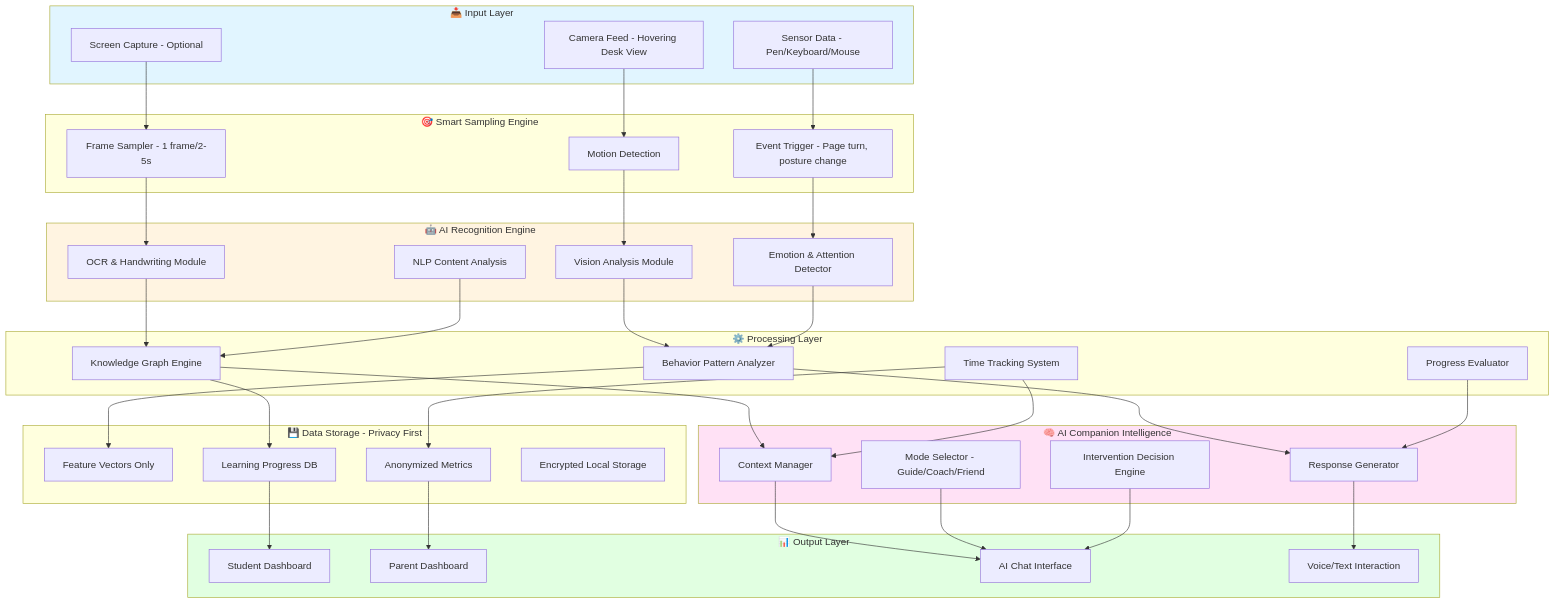
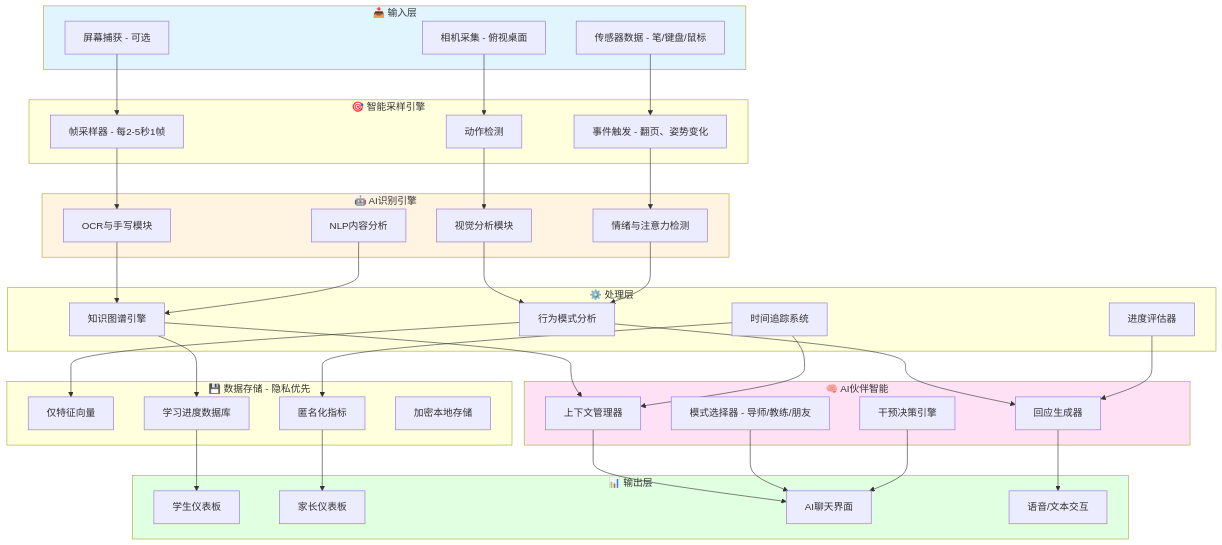
Before and after one commit to river0098/AI-Learning-Companion-System: the diagram in ARCHITECTURE.md, drawn with Mermaid. The commit also changed other lines of this file and 2 other files, not shown here.

````diff
--- a/ARCHITECTURE.md
+++ b/ARCHITECTURE.md
@@ -16,50 +16,50 @@
 ```mermaid
 flowchart TD
-    subgraph Input["📥 Input Layer"]
-        A1[Camera Feed - Hovering Desk View]
-        A2[Screen Capture - Optional]
-        A3[Sensor Data - Pen/Keyboard/Mouse]
+    subgraph Input["📥 输入层"]
+        A1[相机采集 - 俯视桌面]
+        A2[屏幕捕获 - 可选]
+        A3[传感器数据 - 笔/键盘/鼠标]
     end
 
-    subgraph Sampling["🎯 Smart Sampling Engine"]
-        B1[Motion Detection]
-        B2[Frame Sampler - 1 frame/2-5s]
-        B3[Event Trigger - Page turn, posture change]
+    subgraph Sampling["🎯 智能采样引擎"]
+        B1[动作检测]
+        B2[帧采样器 - 每2-5秒1帧]
+        B3[事件触发 - 翻页、姿势变化]
     end
 
-    subgraph AI["🤖 AI Recognition Engine"]
-        C1[Vision Analysis Module]
-        C2[OCR & Handwriting Module]
-        C3[NLP Content Analysis]
-        C4[Emotion & Attention Detector]
+    subgraph AI["🤖 AI识别引擎"]
+        C1[视觉分析模块]
+        C2[OCR与手写模块]
+        C3[NLP内容分析]
+        C4[情绪与注意力检测]
     end
 
-    subgraph Processing["⚙️ Processing Layer"]
-        D1[Knowledge Graph Engine]
-        D2[Time Tracking System]
-        D3[Behavior Pattern Analyzer]
-        D4[Progress Evaluator]
+    subgraph Processing["⚙️ 处理层"]
+        D1[知识图谱引擎]
+        D2[时间追踪系统]
+        D3[行为模式分析]
+        D4[进度评估器]
     end
 
-    subgraph Intelligence["🧠 AI Companion Intelligence"]
-        E1[Context Manager]
-        E2[Response Generator]
-        E3[Mode Selector - Guide/Coach/Friend]
-        E4[Intervention Decision Engine]
+    subgraph Intelligence["🧠 AI伙伴智能"]
+        E1[上下文管理器]
+        E2[回应生成器]
+        E3[模式选择器 - 导师/教练/朋友]
+        E4[干预决策引擎]
     end
 
-    subgraph Storage["💾 Data Storage - Privacy First"]
-        F1[Feature Vectors Only]
-        F2[Learning Progress DB]
-        F3[Anonymized Metrics]
-        F4[Encrypted Local Storage]
+    subgraph Storage["💾 数据存储 - 隐私优先"]
+        F1[仅特征向量]
+        F2[学习进度数据库]
+        F3[匿名化指标]
+        F4[加密本地存储]
     end
 
-    subgraph Output["📊 Output Layer"]
-        G1[Student Dashboard]
-        G2[Parent Dashboard]
-        G3[AI Chat Interface]
-        G4[Voice/Text Interaction]
+    subgraph Output["📊 输出层"]
+        G1[学生仪表板]
+        G2[家长仪表板]
+        G3[AI聊天界面]
+        G4[语音/文本交互]
     end
 
     A1 --> B1
````
